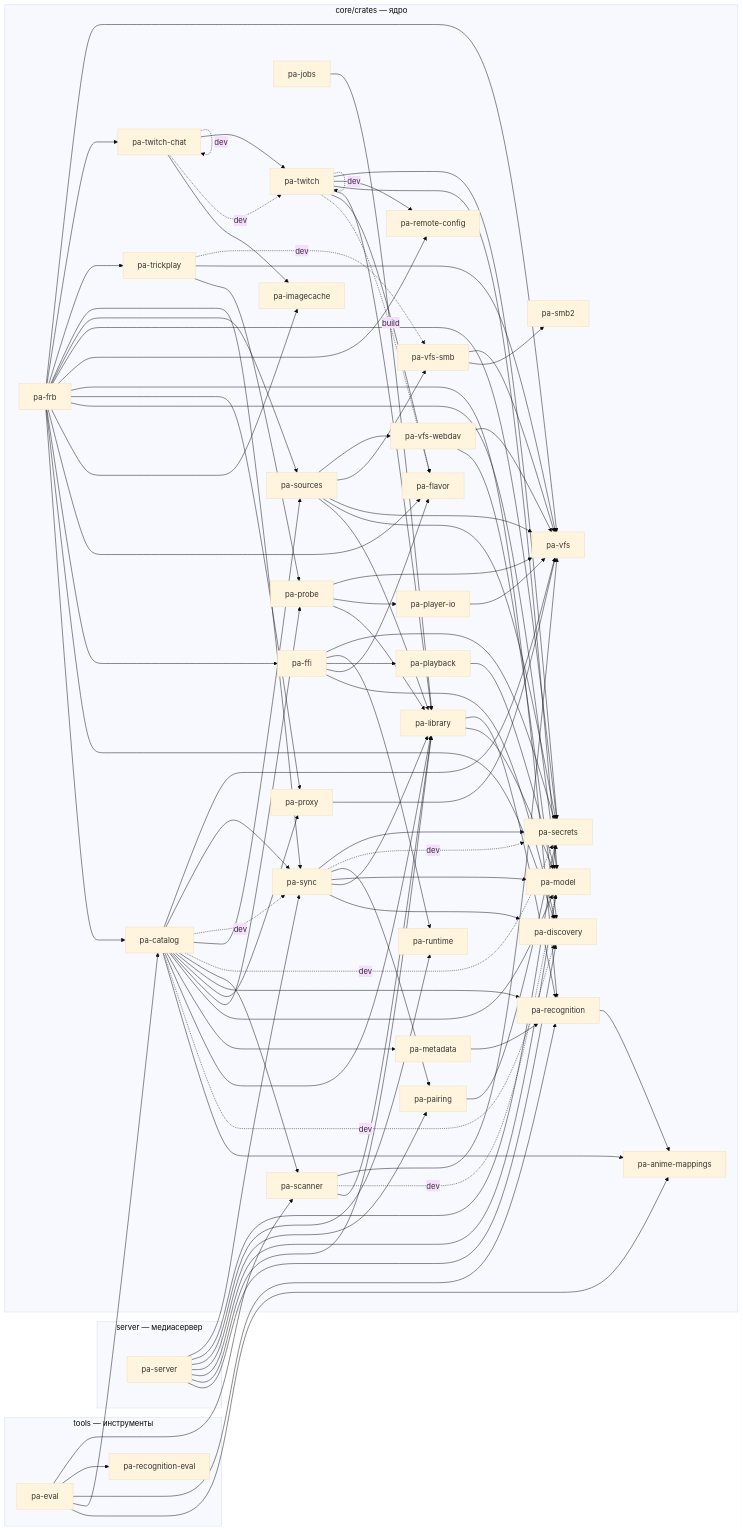
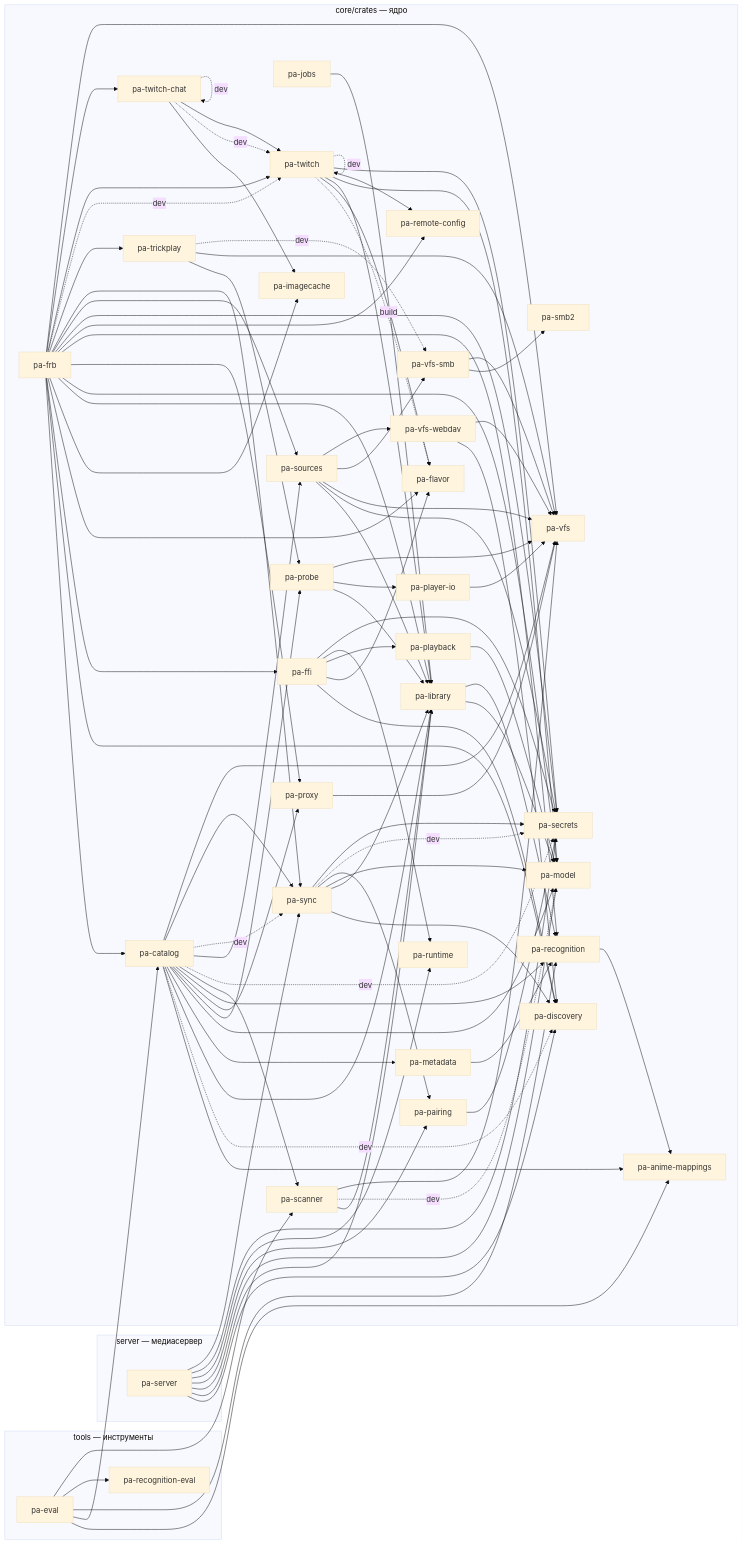
The diagram in docs/dev/crate-graph.md (DenisHumen/kinolune), drawn with Mermaid (base theme) before and after one commit. The commit also changed other lines of this file and 2 other files, not shown here.

Commit message:
Merge main; assign ADR numbers

```diff
--- a/docs/dev/crate-graph.md
+++ b/docs/dev/crate-graph.md
@@ -79,6 +79,7 @@
   pa_frb --> pa_ffi
   pa_frb --> pa_flavor
   pa_frb --> pa_imagecache
+  pa_frb --> pa_library
   pa_frb --> pa_model
   pa_frb --> pa_proxy
   pa_frb --> pa_recognition
@@ -87,6 +88,8 @@
   pa_frb --> pa_sources
   pa_frb --> pa_sync
   pa_frb --> pa_trickplay
+  pa_frb -. dev .-> pa_twitch
+  pa_frb --> pa_twitch
   pa_frb --> pa_twitch_chat
   pa_frb --> pa_vfs
   pa_jobs --> pa_library
```
